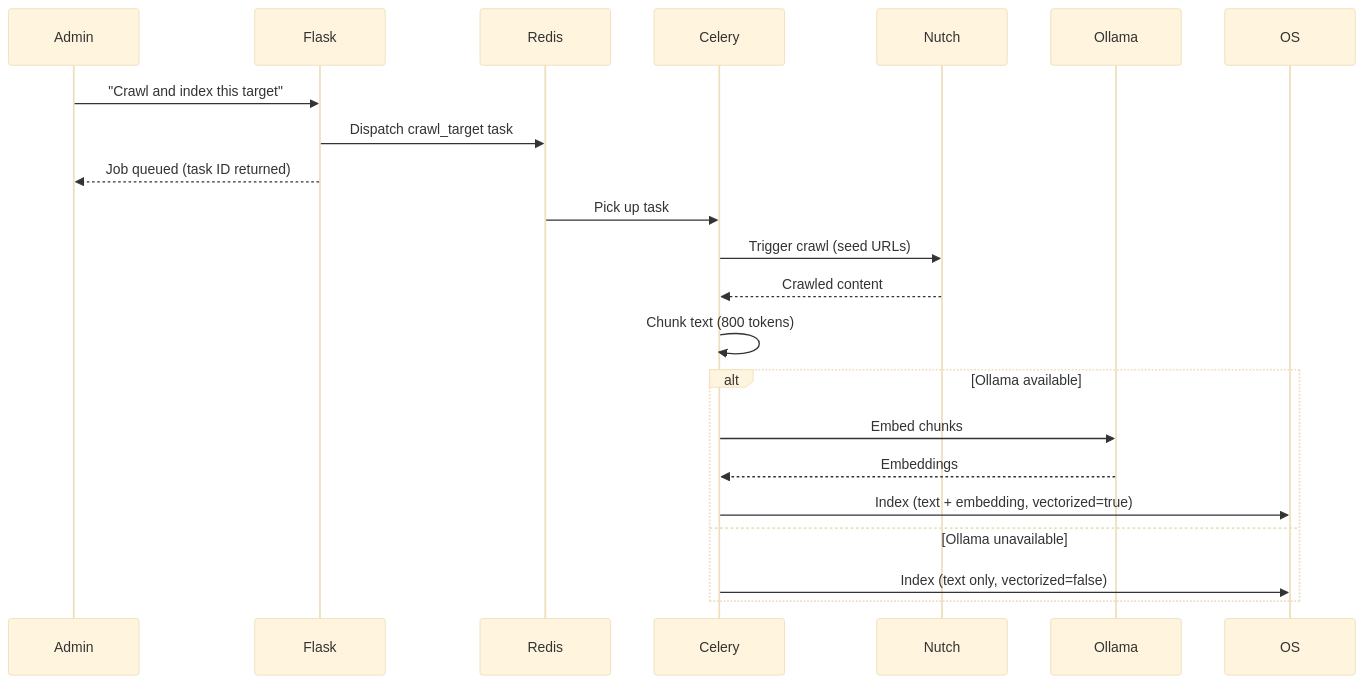
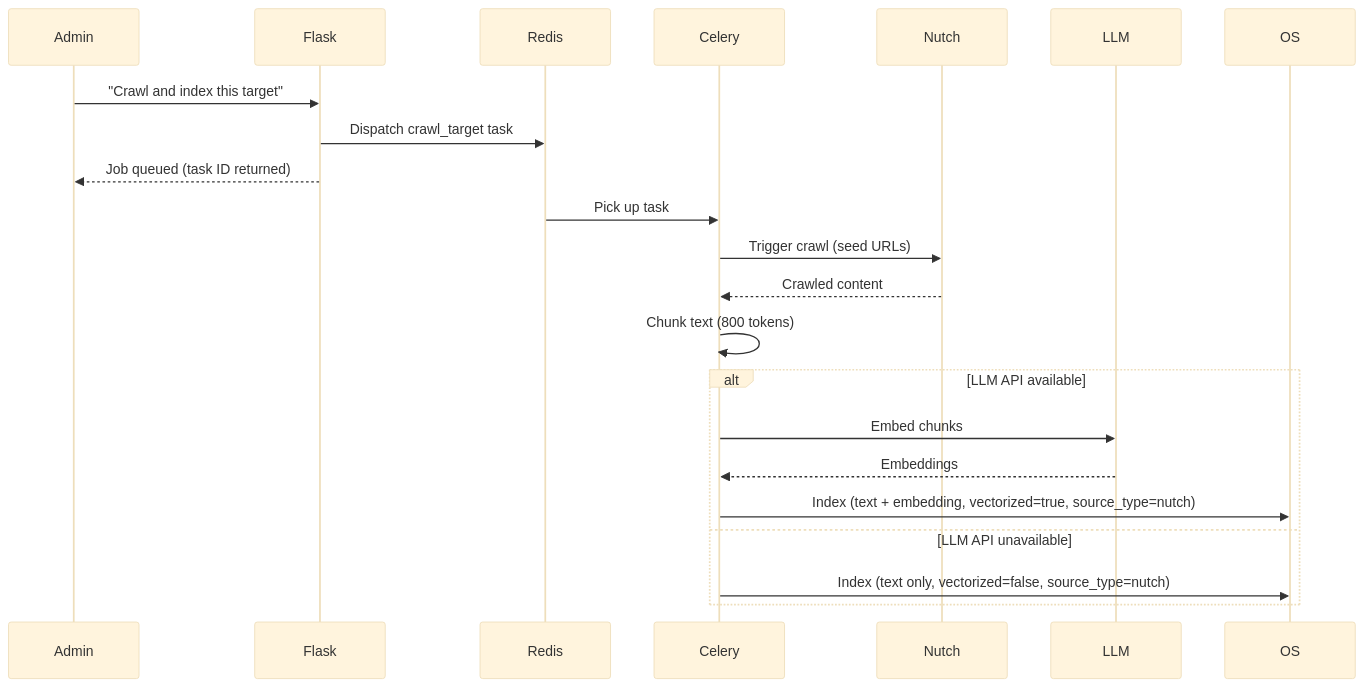
Before and after one commit to eyeclept/SHSE: the second of 5 diagrams in DesignDoc.md, drawn with Mermaid (base theme). The commit also changed other lines of this file and 14 other files, not shown here.

````diff
--- a/DesignDoc.md
+++ b/DesignDoc.md
@@ -262,25 +298,25 @@
 ```mermaid
 sequenceDiagram
     participant Admin
     participant Flask
     participant Redis
     participant Celery
     participant Nutch
-    participant Ollama
+    participant LLM
     participant OS
 
     Admin->>Flask: "Crawl and index this target"
     Flask->>Redis: Dispatch crawl_target task
     Flask-->>Admin: Job queued (task ID returned)
     Redis->>Celery: Pick up task
     Celery->>Nutch: Trigger crawl (seed URLs)
     Nutch-->>Celery: Crawled content
     Celery->>Celery: Chunk text (800 tokens)
-    alt Ollama available
-        Celery->>Ollama: Embed chunks
-        Ollama-->>Celery: Embeddings
-        Celery->>OS: Index (text + embedding, vectorized=true)
-    else Ollama unavailable
-        Celery->>OS: Index (text only, vectorized=false)
+    alt LLM API available
+        Celery->>LLM: Embed chunks
+        LLM-->>Celery: Embeddings
+        Celery->>OS: Index (text + embedding, vectorized=true, source_type=nutch)
+    else LLM API unavailable
+        Celery->>OS: Index (text only, vectorized=false, source_type=nutch)
     end
 ```
````
